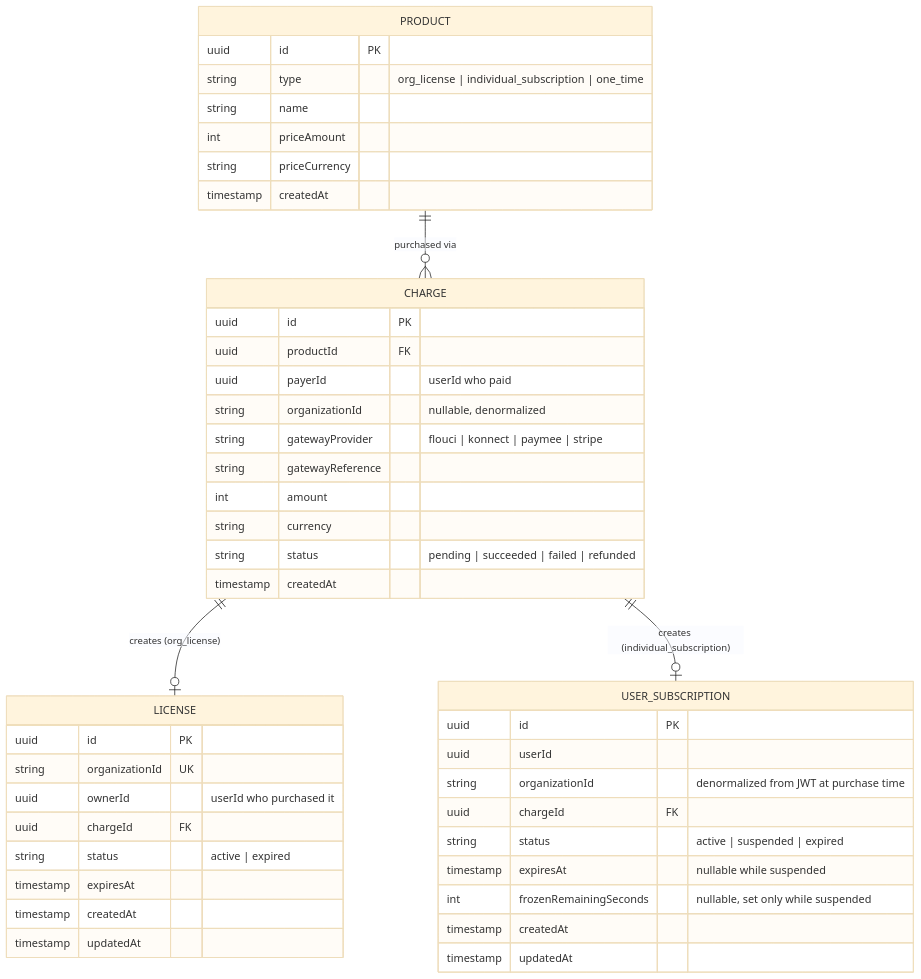
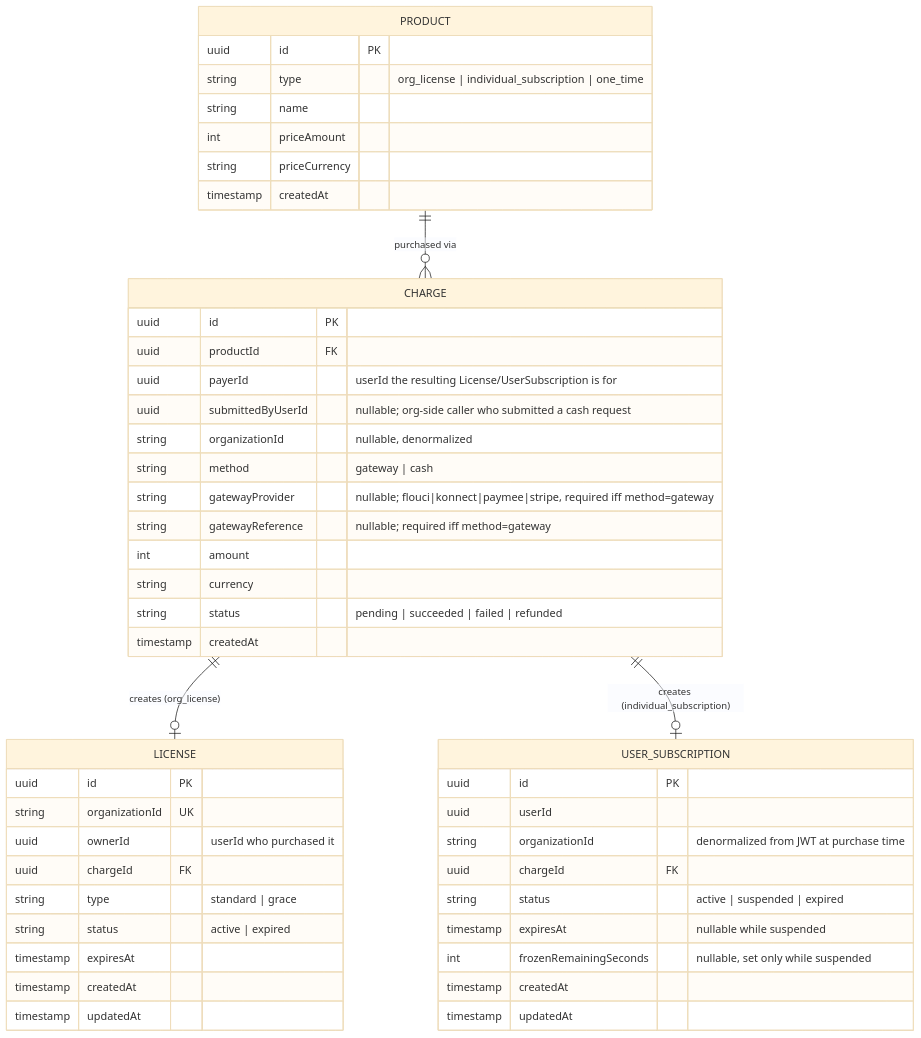
One commit to nawara-solutions/nawara-core changed the first of 8 diagrams in docs/sdd/payment-service.md. Above: the diagram before and after it, drawn with Mermaid (base theme). The commit also changed other lines of this file and 13 other files, not shown here.

````diff
--- a/docs/sdd/payment-service.md
+++ b/docs/sdd/payment-service.md
@@ -38,51 +47,54 @@
 ```mermaid
 erDiagram
     PRODUCT ||--o{ CHARGE : "purchased via"
     CHARGE ||--o| LICENSE : "creates (org_license)"
     CHARGE ||--o| USER_SUBSCRIPTION : "creates (individual_subscription)"
 
     PRODUCT {
         uuid id PK
         string type "org_license | individual_subscription | one_time"
         string name
         int priceAmount
         string priceCurrency
         timestamp createdAt
     }
 
     CHARGE {
         uuid id PK
         uuid productId FK
-        uuid payerId "userId who paid"
+        uuid payerId "userId the resulting License/UserSubscription is for"
+        uuid submittedByUserId "nullable; org-side caller who submitted a cash request"
         string organizationId "nullable, denormalized"
-        string gatewayProvider "flouci | konnect | paymee | stripe"
-        string gatewayReference
+        string method "gateway | cash"
+        string gatewayProvider "nullable; flouci|konnect|paymee|stripe, required iff method=gateway"
+        string gatewayReference "nullable; required iff method=gateway"
         int amount
         string currency
         string status "pending | succeeded | failed | refunded"
         timestamp createdAt
     }
 
     LICENSE {
         uuid id PK
         string organizationId UK
         uuid ownerId "userId who purchased it"
         uuid chargeId FK
+        string type "standard | grace"
         string status "active | expired"
         timestamp expiresAt
         timestamp createdAt
         timestamp updatedAt
     }
 
     USER_SUBSCRIPTION {
         uuid id PK
         uuid userId
         string organizationId "denormalized from JWT at purchase time"
         uuid chargeId FK
         string status "active | suspended | expired"
         timestamp expiresAt "nullable while suspended"
         int frozenRemainingSeconds "nullable, set only while suspended"
         timestamp createdAt
         timestamp updatedAt
     }
 ```
````
